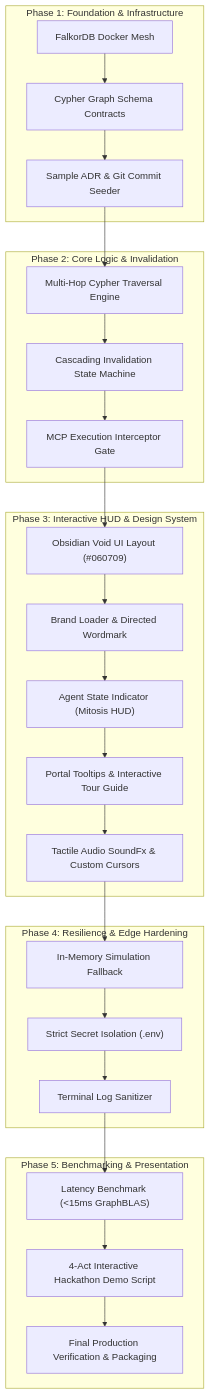
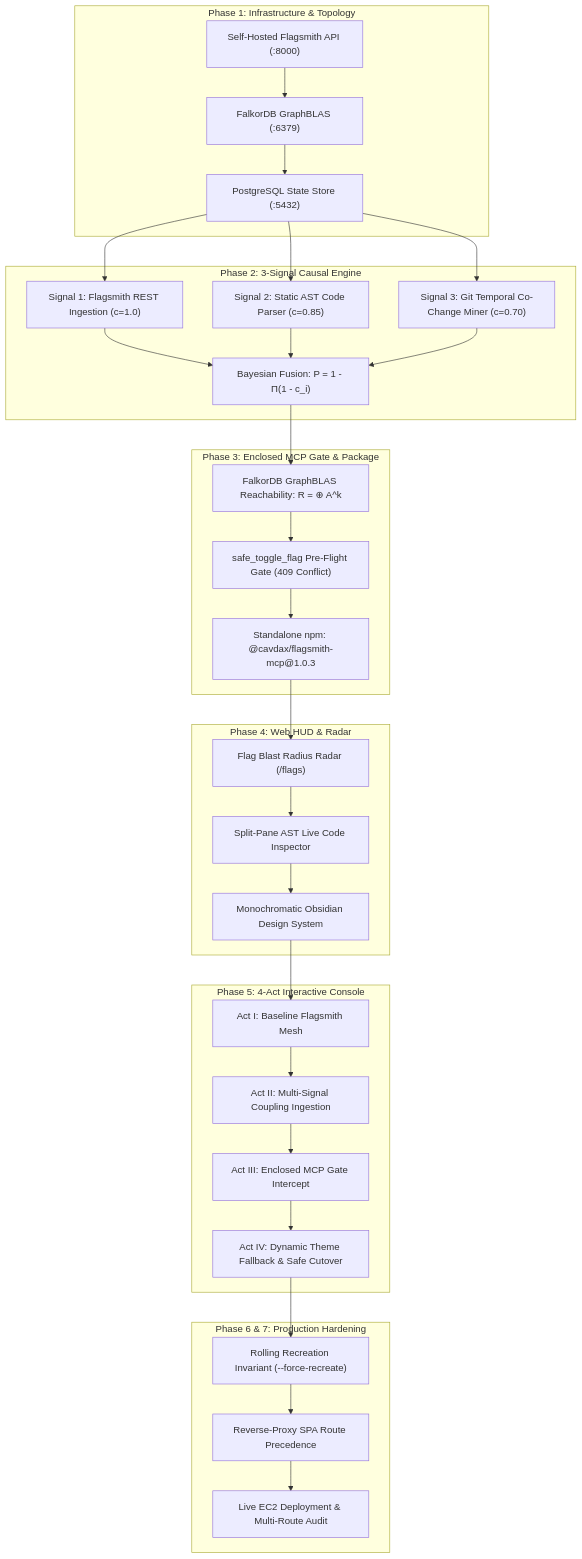
One commit to CAVDAX/CAVDAX-FlagSmith changed the diagram in docs/PHASES.md. Above: the diagram before and after it, drawn with Mermaid. The commit also changed other lines of this file and 1 other file, not shown here.

Commit message:
docs: align PHASES.md to Flagsmith Track 03 milestone roadmap and update tracker [skip vercel]

````diff
--- a/docs/PHASES.md
+++ b/docs/PHASES.md
@@ -22,33 +26,39 @@
 ```mermaid
 flowchart TD
-    subgraph P1["Phase 1: Foundation & Infrastructure"]
-        D1["FalkorDB Docker Mesh"] --> D2["Cypher Graph Schema Contracts"]
-        D2 --> D3["Sample ADR & Git Commit Seeder"]
+    subgraph P1["Phase 1: Infrastructure & Topology"]
+        D1["Self-Hosted Flagsmith API (:8000)"] --> D2["FalkorDB GraphBLAS (:6379)"]
+        D2 --> D3["PostgreSQL State Store (:5432)"]
     end
 
-    subgraph P2["Phase 2: Core Logic & Invalidation"]
-        D3 --> L1["Multi-Hop Cypher Traversal Engine"]
-        L1 --> L2["Cascading Invalidation State Machine"]
-        L2 --> L3["MCP Execution Interceptor Gate"]
+    subgraph P2["Phase 2: 3-Signal Causal Engine"]
+        D3 --> S1["Signal 1: Flagsmith REST Ingestion (c=1.0)"]
+        D3 --> S2["Signal 2: Static AST Code Parser (c=0.85)"]
+        D3 --> S3["Signal 3: Git Temporal Co-Change Miner (c=0.70)"]
+        S1 & S2 & S3 --> B1["Bayesian Fusion: P = 1 - Π(1 - c_i)"]
     end
 
-    subgraph P3["Phase 3: Interactive HUD & Design System"]
-        L3 --> U1["Obsidian Void UI Layout (#060709)"]
-        U1 --> U2["Brand Loader & Directed Wordmark"]
-        U2 --> U3["Agent State Indicator (Mitosis HUD)"]
-        U3 --> U4["Portal Tooltips & Interactive Tour Guide"]
-        U4 --> U5["Tactile Audio SoundFx & Custom Cursors"]
+    subgraph P3["Phase 3: Enclosed MCP Gate & Package"]
+        B1 --> M1["FalkorDB GraphBLAS Reachability: R = ⊕ A^k"]
+        M1 --> M2["safe_toggle_flag Pre-Flight Gate (409 Conflict)"]
+        M2 --> M3["Standalone npm: @cavdax/flagsmith-mcp@1.0.3"]
     end
 
-    subgraph P4["Phase 4: Resilience & Edge Hardening"]
-        U5 --> R1["In-Memory Simulation Fallback"]
-        R1 --> R2["Strict Secret Isolation (.env)"]
-        R2 --> R3["Terminal Log Sanitizer"]
+    subgraph P4["Phase 4: Web HUD & Radar"]
+        M3 --> U1["Flag Blast Radius Radar (/flags)"]
+        U1 --> U2["Split-Pane AST Live Code Inspector"]
+        U2 --> U3["Monochromatic Obsidian Design System"]
     end
 
-    subgraph P5["Phase 5: Benchmarking & Presentation"]
-        R3 --> B1["Latency Benchmark (<15ms GraphBLAS)"]
-        B1 --> B2["4-Act Interactive Hackathon Demo Script"]
-        B2 --> B3["Final Production Verification & Packaging"]
+    subgraph P5["Phase 5: 4-Act Interactive Console"]
+        U3 --> C1["Act I: Baseline Flagsmith Mesh"]
+        C1 --> C2["Act II: Multi-Signal Coupling Ingestion"]
+        C2 --> C3["Act III: Enclosed MCP Gate Intercept"]
+        C3 --> C4["Act IV: Dynamic Theme Fallback & Safe Cutover"]
+    end
+
+    subgraph P6["Phase 6 & 7: Production Hardening"]
+        C4 --> H1["Rolling Recreation Invariant (--force-recreate)"]
+        H1 --> H2["Reverse-Proxy SPA Route Precedence"]
+        H2 --> H3["Live EC2 Deployment & Multi-Route Audit"]
     end
 ```
````
